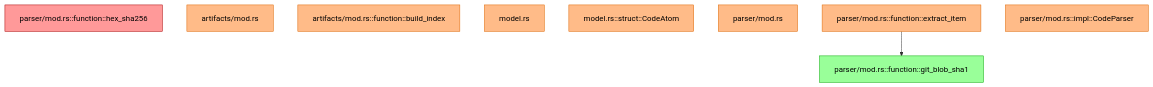
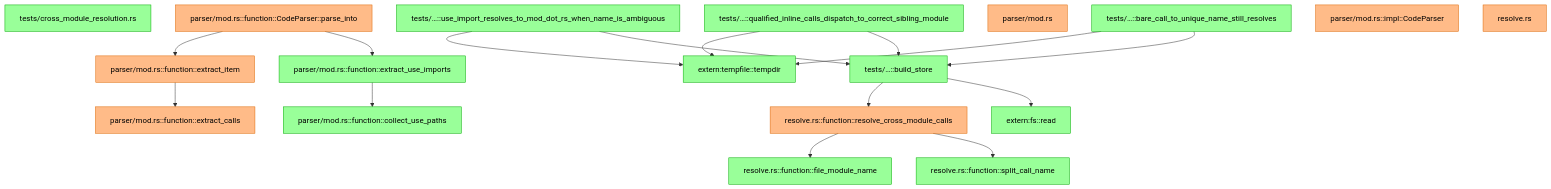
One commit to anatta-rs/ast-to-mermaid changed the fourth of 6 diagrams in README.md. Above: the diagram before and after it, drawn with Mermaid. The commit also changed other lines of this file, not shown here.

Commit message:
docs(readme): use 36f1585 for the diff demo (richer graph)
The previous diff example (a435346 — FNV-1a → SHA-1 swap) had only
one blast-radius edge, so the diagram looked flat: nine nodes lined
up horizontally and a lone arrow between two of them. Reviewer noted
it didn't sell the "see the blast radius" pitch.

36f1585 is a much better demo: 11 added + 7 modified + 14 edges,
splitting into two visual clusters (production refactor + new test
file) bridged by one edge (build_store → resolve_cross_module_calls)
which proves the test layer actually exercises the new code. That's
the shape of a real refactor-with-tests.

The prose now spells out what the *shape* of the graph tells you —
which clusters mean what, which single edge is load-bearing — rather
than enumerating individual nodes.

````diff
--- a/README.md
+++ b/README.md
@@ -111,19 +111,43 @@
 ```mermaid
 graph TD
-    %% diff: a435346~ → a435346
+    %% diff: 36f1585~ → 36f1585
     classDef added fill:#9f9,stroke:#0a0,color:#000
     classDef removed fill:#f99,stroke:#a00,color:#000
     classDef modified fill:#fb8,stroke:#d60,color:#000
     classDef renamed fill:#9ff,stroke:#0aa,color:#000
-    n0["parser/mod.rs::function::git_blob_sha1"]:::added
-    n1["parser/mod.rs::function::hex_sha256"]:::removed
-    n2["artifacts/mod.rs"]:::modified
-    n3["artifacts/mod.rs::function::build_index"]:::modified
-    n4["model.rs"]:::modified
-    n5["model.rs::struct::CodeAtom"]:::modified
-    n6["parser/mod.rs"]:::modified
-    n7["parser/mod.rs::function::extract_item"]:::modified
-    n8["parser/mod.rs::impl::CodeParser"]:::modified
+    %% added (11)
+    n0["parser/mod.rs::function::collect_use_paths"]:::added
+    n1["parser/mod.rs::function::extract_use_imports"]:::added
+    n2["resolve.rs::function::file_module_name"]:::added
+    n3["resolve.rs::function::split_call_name"]:::added
+    n4["tests/cross_module_resolution.rs"]:::added
+    n5["tests/…::bare_call_to_unique_name_still_resolves"]:::added
+    n6["tests/…::build_store"]:::added
+    n7["tests/…::qualified_inline_calls_dispatch_to_correct_sibling_module"]:::added
+    n8["tests/…::use_import_resolves_to_mod_dot_rs_when_name_is_ambiguous"]:::added
+    n9["extern:fs::read"]:::added
+    n10["extern:tempfile::tempdir"]:::added
+    %% modified (7)
+    n11["parser/mod.rs"]:::modified
+    n12["parser/mod.rs::function::CodeParser::parse_into"]:::modified
+    n13["parser/mod.rs::function::extract_calls"]:::modified
+    n14["parser/mod.rs::function::extract_item"]:::modified
+    n15["parser/mod.rs::impl::CodeParser"]:::modified
+    n16["resolve.rs"]:::modified
+    n17["resolve.rs::function::resolve_cross_module_calls"]:::modified
     %% blast-radius edges (both endpoints in changeset)
-    n7 --> n0
+    n12 --> n1
+    n12 --> n14
+    n14 --> n13
+    n1 --> n0
+    n17 --> n3
+    n17 --> n2
+    n5 --> n6
+    n5 --> n10
+    n6 --> n9
+    n6 --> n17
+    n7 --> n6
+    n7 --> n10
+    n8 --> n6
+    n8 --> n10
 ```
````
